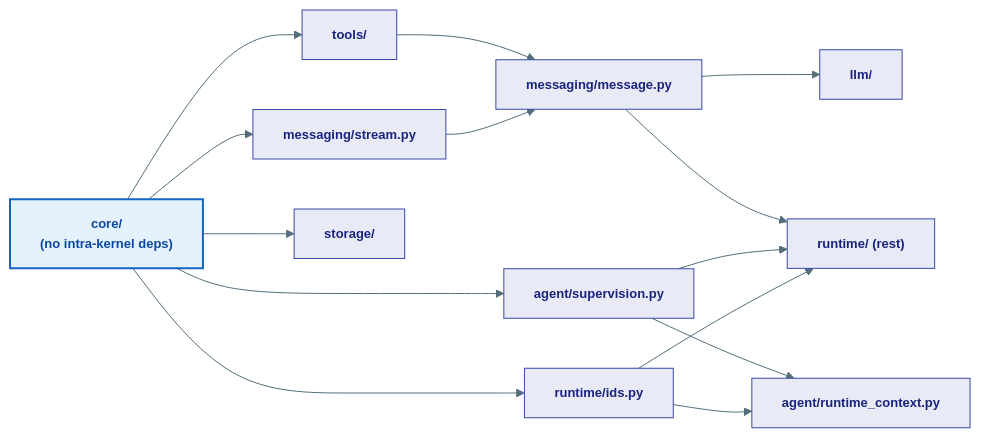
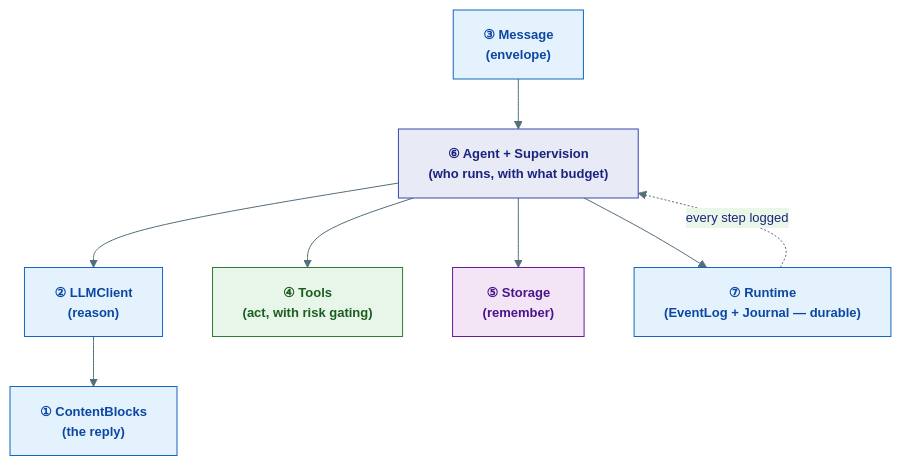
One commit to Ravikumarchavva/agent-substrate changed the second of 2 diagrams in agents/agent-substrate/docs/kernel/index.md. Above: the diagram before and after it, drawn with Mermaid. The commit also changed other lines of this file and 139 other files, not shown here.

First line of the commit message:
Add in-memory graph and vector stores for local development and testing

````diff
--- a/agents/agent-substrate/docs/kernel/index.md
+++ b/agents/agent-substrate/docs/kernel/index.md
@@ -53,32 +59,16 @@
 ```mermaid
-%%{init: {'theme': 'base', 'themeVariables': {'primaryColor': '#E8EAF6','primaryTextColor': '#1A237E','primaryBorderColor': '#3949AB','lineColor': '#546E7A','background': '#FAFAFA','fontSize': '13px'}}}%%
-graph LR
-    classDef dep fill:#E8EAF6,stroke:#3949AB,color:#1A237E
-    classDef root fill:#E3F2FD,stroke:#1565C0,stroke-width:2px,color:#0D47A1,font-weight:bold
+%%{init: {'theme': 'base', 'themeVariables': {'primaryColor': '#E8EAF6','primaryTextColor': '#1A237E','primaryBorderColor': '#3949AB','lineColor': '#546E7A','fontSize': '13px'}}}%%
+graph TB
+    classDef core    fill:#E3F2FD,stroke:#1565C0,color:#0D47A1,font-weight:bold
+    classDef agent   fill:#E8EAF6,stroke:#3949AB,color:#1A237E,font-weight:bold
+    classDef tool    fill:#E8F5E9,stroke:#2E7D32,color:#1B5E20,font-weight:bold
+    classDef store   fill:#F3E5F5,stroke:#6A1B9A,color:#4A148C,font-weight:bold
 
-    CORE["core/\n(no intra-kernel deps)"]:::root
-
-    TOOLS["tools/"]:::dep
-    STREAM["messaging/stream.py"]:::dep
-    MSG["messaging/message.py"]:::dep
-    LLM["llm/"]:::dep
-    STORE["storage/"]:::dep
-    SV["agent/supervision.py"]:::dep
-    RM["agent/runtime_context.py"]:::dep
-    RID["runtime/ids.py"]:::dep
-    RT["runtime/ (rest)"]:::dep
-
-    CORE --> TOOLS
-    CORE --> STREAM
-    CORE --> STORE
-    CORE --> SV
-    CORE --> RID
-    TOOLS --> MSG
-    STREAM --> MSG
-    MSG --> LLM
-    SV --> RM
-    RID --> RM
-    MSG --> RT
-    SV --> RT
-    RID --> RT
+    MSG["③ Message<br/>(envelope)"]:::core --> AG["⑥ Agent + Supervision<br/>(who runs, with what budget)"]:::agent
+    AG --> LLM["② LLMClient<br/>(reason)"]:::core
+    LLM --> BLOCKS["① ContentBlocks<br/>(the reply)"]:::core
+    AG --> TOOLS["④ Tools<br/>(act, with risk gating)"]:::tool
+    AG --> STORE["⑤ Storage<br/>(remember)"]:::store
+    AG --> RT["⑦ Runtime<br/>(EventLog + Journal — durable)"]:::core
+    RT -.->|"every step logged"| AG
 ```
````
